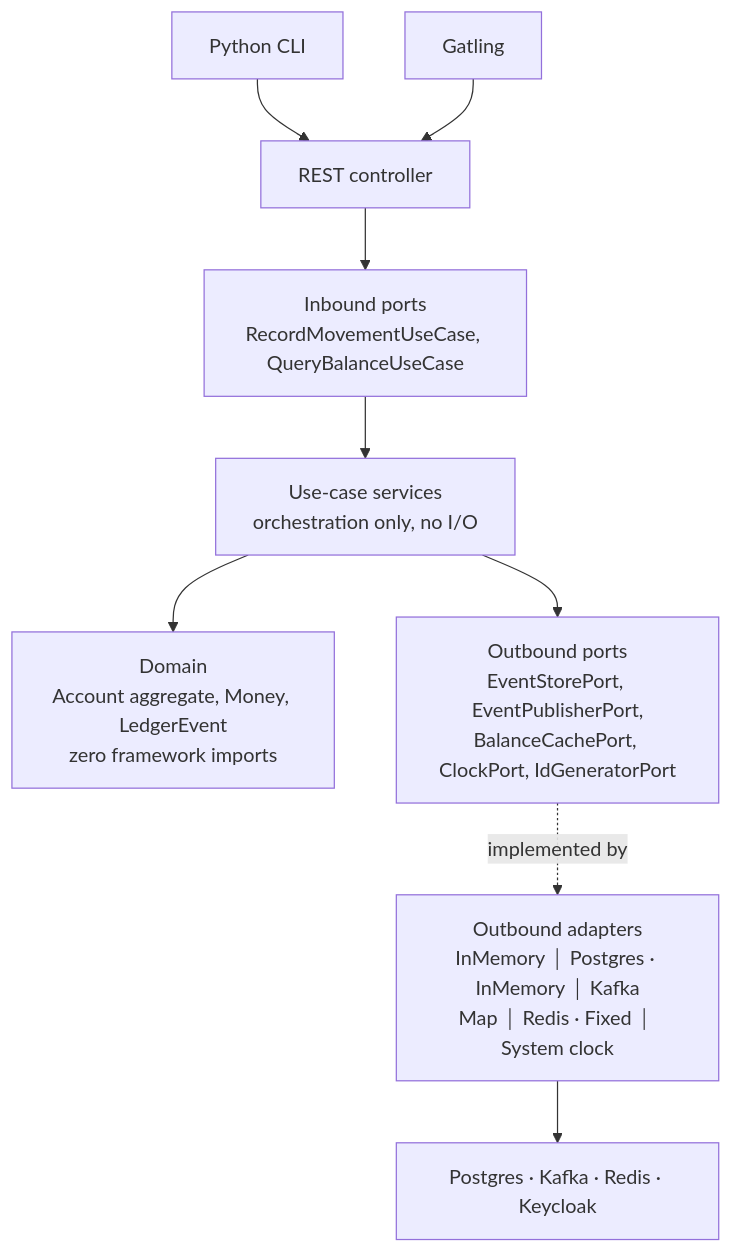
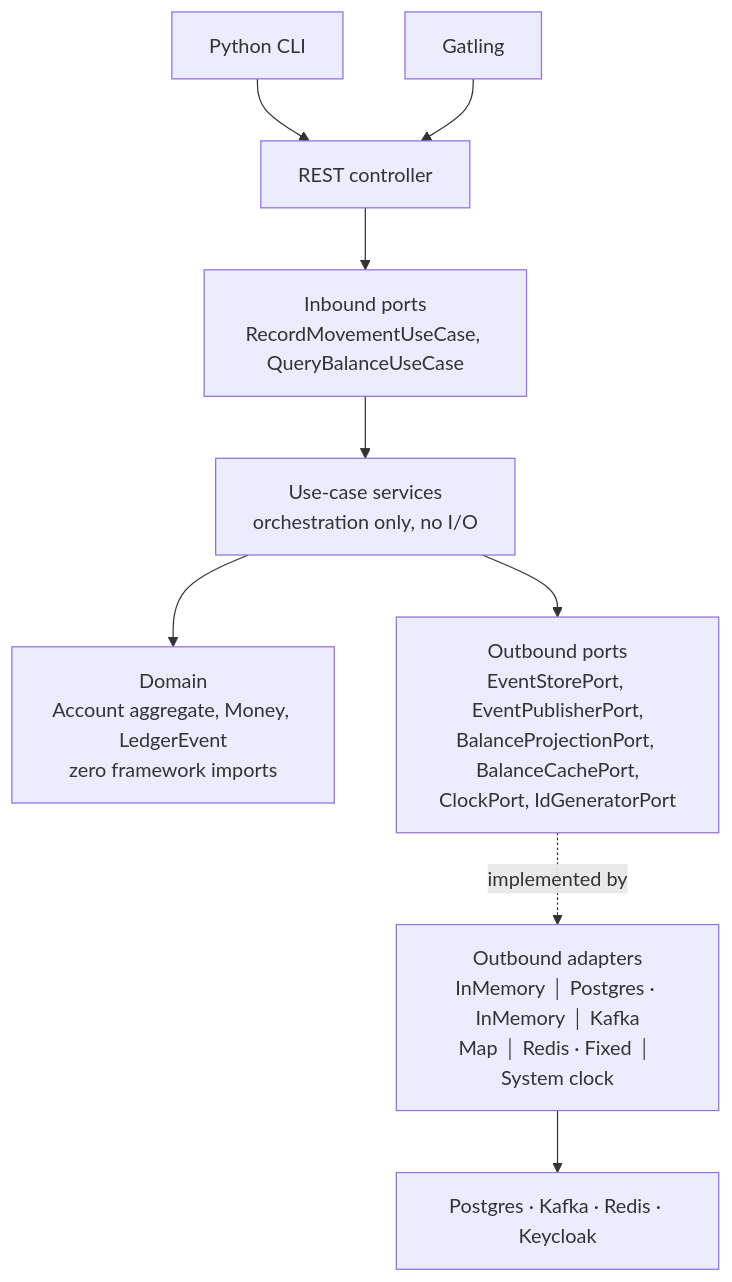
Before and after one commit to ffroliva/tiny-ledger: the diagram in docs/spec.md, drawn with Mermaid. The commit also changed other lines of this file, not shown here.

````diff
--- a/docs/spec.md
+++ b/docs/spec.md
@@ -276,14 +289,14 @@
 ```mermaid
 flowchart TB
   REST["REST controller"] --> IN
   CLI["Python CLI"] --> REST
   GAT["Gatling"] --> REST
   IN["Inbound ports<br/>RecordMovementUseCase, QueryBalanceUseCase"] --> UC
   UC["Use-case services<br/>orchestration only, no I/O"] --> DOM
   UC --> OUT
   DOM["Domain<br/>Account aggregate, Money, LedgerEvent<br/>zero framework imports"]
-  OUT["Outbound ports<br/>EventStorePort, EventPublisherPort,<br/>BalanceCachePort, ClockPort, IdGeneratorPort"]
+  OUT["Outbound ports<br/>EventStorePort, EventPublisherPort,<br/>BalanceProjectionPort, BalanceCachePort,<br/>ClockPort, IdGeneratorPort"]
   OUT -.implemented by.-> ADP
   ADP["Outbound adapters<br/>InMemory │ Postgres · InMemory │ Kafka<br/>Map │ Redis · Fixed │ System clock"]
   ADP --> INFRA["Postgres · Kafka · Redis · Keycloak"]
 ```
````
